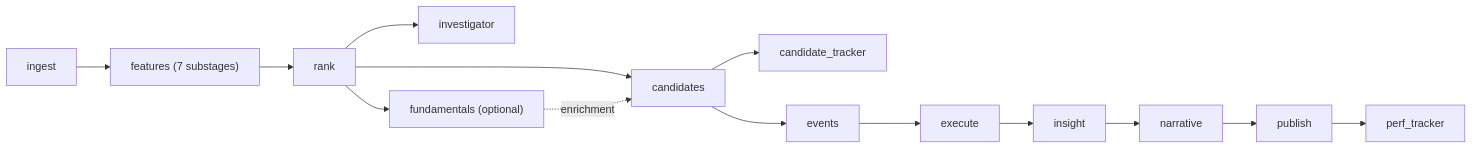
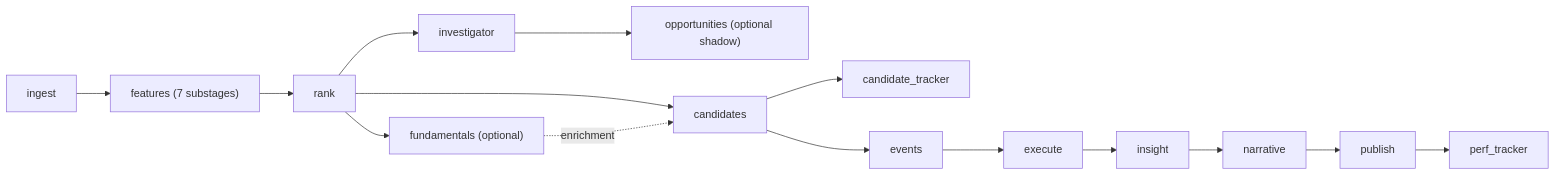
One commit to prashantsirohi/ai-trading-system changed the diagram in docs/architecture/operational_data_flow.md. Above: the diagram before and after it, drawn with Mermaid. The commit also changed other lines of this file and 40 other files, not shown here.

Commit message:
feat(opportunities): add shadow lifecycle orchestration

````diff
--- a/docs/architecture/operational_data_flow.md
+++ b/docs/architecture/operational_data_flow.md
@@ -46,16 +46,17 @@
 ```mermaid
 flowchart LR
     I["ingest"] --> F["features (7 substages)"]
     F --> R["rank"]
     R --> V["investigator"]
+    V --> O["opportunities (optional shadow)"]
     R --> U["fundamentals (optional)"]
     R --> C["candidates"]
     U -. "enrichment" .-> C
     C --> T["candidate_tracker"]
     C --> E["events"]
     E --> X["execute"]
     X --> S["insight"]
     S --> N["narrative"]
     N --> P["publish"]
     P --> Q["perf_tracker"]
 ```
````
